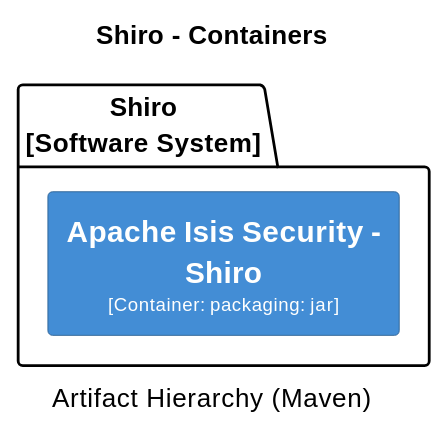
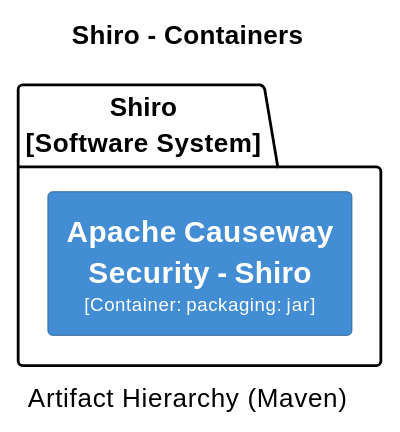
Diagram 13 of 32 in core/adoc/modules/_overview/pages/about.adoc (apache/causeway), drawn with PlantUML before and after one commit. The commit also changed other lines of this file and 398 other files, not shown here.

```diff
--- a/core/adoc/modules/_overview/pages/about.adoc
+++ b/core/adoc/modules/_overview/pages/about.adoc
@@ -2594,25 +2594,25 @@
 [plantuml,Shiro,svg]
 ----
 @startuml(id=Shiro)
 title Shiro - Containers
 caption Artifact Hierarchy (Maven)
 
 skinparam {
   shadowing false
   arrowFontSize 10
   defaultTextAlignment center
   wrapWidth 200
   maxMessageSize 100
 }
 hide stereotype
 left to right direction
 skinparam rectangle<<2>> {
   BackgroundColor #438dd5
   FontColor #fffffe
   BorderColor #2E6295
 }
 package "Shiro\n[Software System]" {
-  rectangle "==Apache Isis Security - Shiro\n<size:10>[Container: packaging: jar]</size>" <<2>> as 2
+  rectangle "==Apache Causeway Security - Shiro\n<size:10>[Container: packaging: jar]</size>" <<2>> as 2
 }
 @enduml
 ----
```
